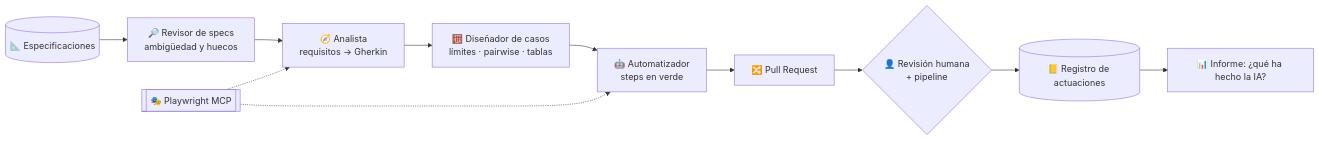
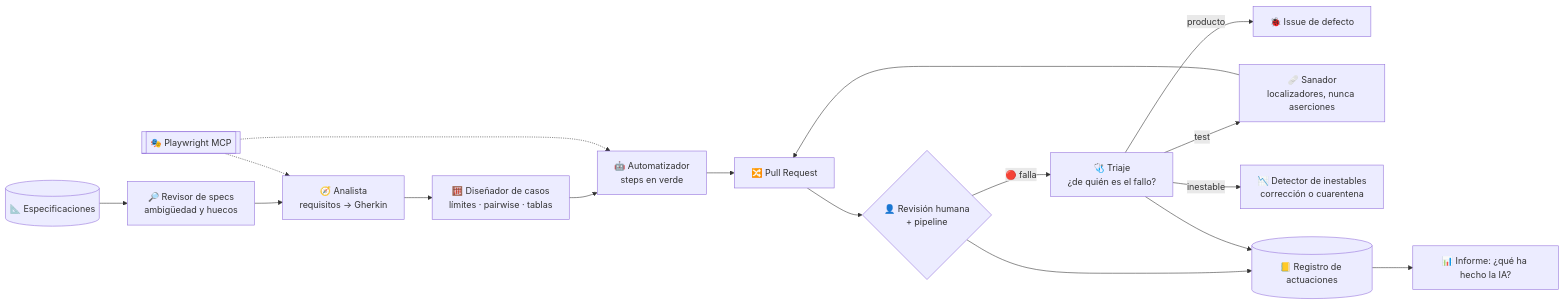
Before and after one commit to tonyfht/qa-agentic-lab: the third of 3 diagrams in README.md, drawn with Mermaid. The commit also changed other lines of this file and 58 other files, not shown here.

First line of the commit message:
feat(qal-008): agentes de operación — triaje, inestables, cuarentena, Sanador e inyección de defectos

````diff
--- a/README.md
+++ b/README.md
@@ -107,13 +113,19 @@
 ```mermaid
 flowchart LR
   S[("📐 Especificaciones")] --> R["🔎 Revisor de specs<br/>ambigüedad y huecos"]
   R --> A["🧭 Analista<br/>requisitos → Gherkin"]
   A --> D["🧮 Diseñador de casos<br/>límites · pairwise · tablas"]
   D --> U["🤖 Automatizador<br/>steps en verde"]
   M[["🎭 Playwright MCP"]] -.-> A
   M -.-> U
   U --> PR["🔀 Pull Request"]
   PR --> H{"👤 Revisión humana<br/>+ pipeline"}
+  H -->|"🔴 falla"| T["🩺 Triaje<br/>¿de quién es el fallo?"]
+  T -->|producto| B["🐞 Issue de defecto"]
+  T -->|test| SA["🩹 Sanador<br/>localizadores, nunca aserciones"]
+  T -->|inestable| FD["📉 Detector de inestables<br/>corrección o cuarentena"]
+  SA --> PR
   H --> L[("📒 Registro de actuaciones")]
+  T --> L
   L --> I["📊 Informe: ¿qué ha hecho la IA?"]
 ```
````
